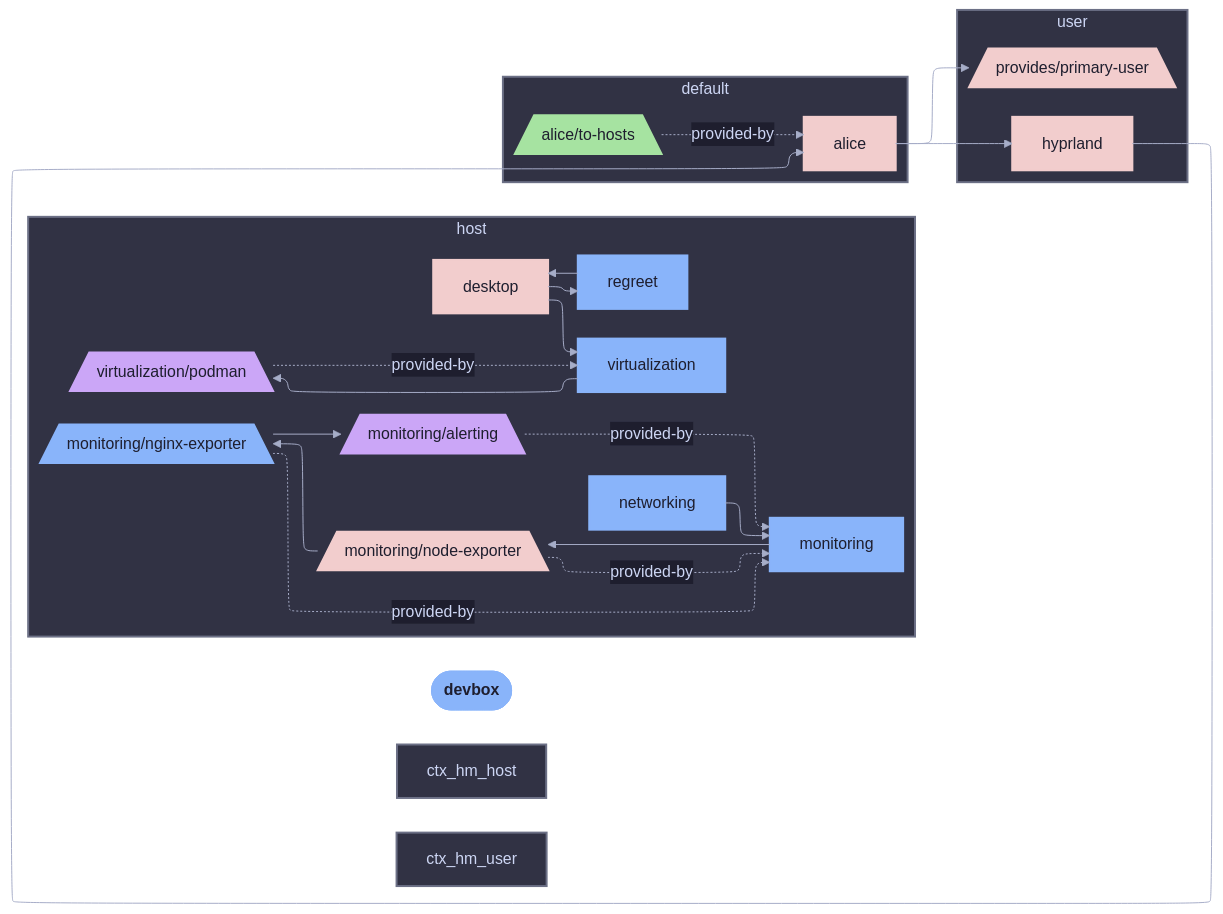
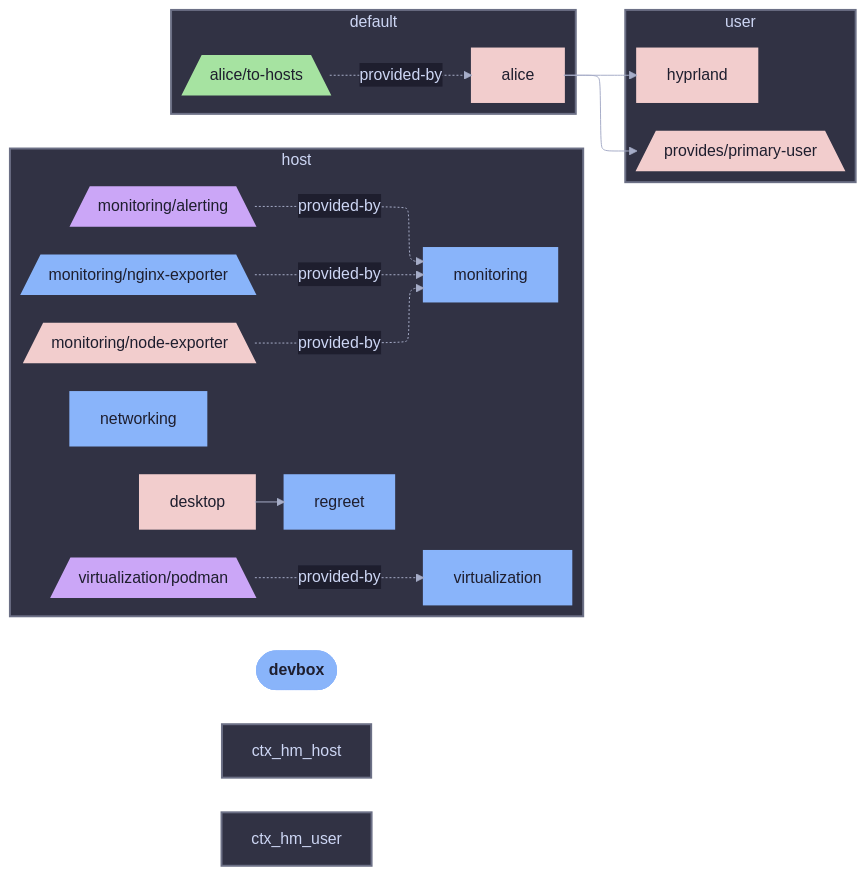
One commit to sini/den changed the diagram in templates/diag-fx-demo/diagrams/devbox-declared.md. Above: the diagram before and after it, drawn with Mermaid. The commit also changed 849 other files, not shown here.

Commit message:
chore: update fx diagrams

````diff
--- a/templates/diag-fx-demo/diagrams/devbox-declared.md
+++ b/templates/diag-fx-demo/diagrams/devbox-declared.md
@@ -5,63 +5,55 @@
 ```mermaid
 %%{init: {"elk":{"mergeEdges":true,"nodePlacementStrategy":"BRANDES_KOEPF"},"layout":"elk","theme":"base","themeVariables":{"activationBkgColor":"#313244","activationBorderColor":"#6c7086","actorBkg":"#313244","actorBorder":"#a6adc8","actorLineColor":"#a6adc8","actorTextColor":"#cdd6f4","background":"#1e1e2e","classText":"#cdd6f4","clusterBkg":"#313244","clusterBorder":"#6c7086","edgeLabelBackground":"#1e1e2e","labelBoxBkgColor":"#313244","labelBoxBorderColor":"#a6adc8","labelTextColor":"#cdd6f4","lineColor":"#a6adc8","loopTextColor":"#cdd6f4","mainBkg":"#313244","nodeBkg":"#313244","nodeBorder":"#a6adc8","nodeTextColor":"#cdd6f4","noteBkgColor":"#313244","noteBorderColor":"#6c7086","noteTextColor":"#cdd6f4","pie1":"#f38ba8","pie2":"#fab387","pie3":"#f9e2af","pie4":"#a6e3a1","pie5":"#94e2d5","pie6":"#89b4fa","pie7":"#cba6f7","pie8":"#f2cdcd","pieLegendTextColor":"#cdd6f4","pieOuterStrokeColor":"#6c7086","pieSectionTextColor":"#cdd6f4","pieStrokeColor":"#6c7086","pieTitleTextColor":"#cdd6f4","primaryBorderColor":"#a6adc8","primaryColor":"#313244","primaryTextColor":"#cdd6f4","secondBkg":"#313244","secondaryBorderColor":"#6c7086","secondaryColor":"#313244","secondaryTextColor":"#cdd6f4","sequenceNumberColor":"#1e1e2e","signalColor":"#a6adc8","signalTextColor":"#cdd6f4","tertiaryBorderColor":"#6c7086","tertiaryColor":"#313244","tertiaryTextColor":"#cdd6f4","textColor":"#cdd6f4","titleColor":"#cdd6f4"}}}%%
 graph LR
   devbox([devbox]):::root
 
   subgraph ctx_host["host"]
   monitoring__alerting[/"monitoring/alerting"\]:::monitoring__alerting_c
   desktop["desktop"]:::desktop_c
   monitoring["monitoring"]:::monitoring_c
   networking["networking"]:::networking_c
   monitoring__nginx_exporter[/"monitoring/nginx-exporter"\]:::monitoring__nginx_exporter_c
   monitoring__node_exporter[/"monitoring/node-exporter"\]:::monitoring__node_exporter_c
   virtualization__podman[/"virtualization/podman"\]:::virtualization__podman_c
   regreet["regreet"]:::regreet_c
   virtualization["virtualization"]:::virtualization_c
   desktop --> regreet
-  desktop --> virtualization
-  monitoring --> monitoring__node_exporter
-  monitoring__nginx_exporter --> monitoring__alerting
-  monitoring__node_exporter --> monitoring__nginx_exporter
-  networking --> monitoring
-  regreet --> desktop
-  virtualization --> virtualization__podman
   virtualization__podman -.->|provided-by| virtualization
   monitoring__node_exporter -.->|provided-by| monitoring
   monitoring__nginx_exporter -.->|provided-by| monitoring
   monitoring__alerting -.->|provided-by| monitoring
   end
   subgraph ctx_default["default"]
   alice__to_hosts[/"alice/to-hosts"\]:::alice__to_hosts_c
   alice__to_hosts -.->|provided-by| alice
   end
   subgraph ctx_user["user"]
   alice["alice"]:::alice_c
   hyprland["hyprland"]:::hyprland_c
   den__provides__primary_user[/"provides/primary-user"\]:::den__provides__primary_user_c
   alice --> hyprland
   alice --> den__provides__primary_user
-  hyprland --> alice
   end
 
 
   classDef root fill:#89b4fa,stroke:#89b4fa,color:#1e1e2e,font-weight:bold
   classDef monitoring__alerting_c fill:#cba6f7,stroke:#cba6f7,color:#1e1e2e,stroke-width:2px
   classDef alice_c fill:#f2cdcd,stroke:#f2cdcd,color:#1e1e2e,stroke-width:2px
   classDef desktop_c fill:#f2cdcd,stroke:#f2cdcd,color:#1e1e2e,stroke-width:2px
-  classDef devbox_c fill:#f2cdcd,stroke:#f2cdcd,color:#1e1e2e,stroke-width:3px
+  classDef devbox_c fill:#f2cdcd,stroke:#f2cdcd,color:#1e1e2e,stroke-width:2px
   classDef hyprland_c fill:#f2cdcd,stroke:#f2cdcd,color:#1e1e2e,stroke-width:2px
   classDef monitoring_c fill:#89b4fa,stroke:#89b4fa,color:#1e1e2e,stroke-width:2px
   classDef networking_c fill:#89b4fa,stroke:#89b4fa,color:#1e1e2e,stroke-width:2px
   classDef monitoring__nginx_exporter_c fill:#89b4fa,stroke:#89b4fa,color:#1e1e2e,stroke-width:2px
   classDef monitoring__node_exporter_c fill:#f2cdcd,stroke:#f2cdcd,color:#1e1e2e,stroke-width:2px
   classDef virtualization__podman_c fill:#cba6f7,stroke:#cba6f7,color:#1e1e2e,stroke-width:2px
   classDef den__provides__primary_user_c fill:#f2cdcd,stroke:#f2cdcd,color:#1e1e2e,stroke-width:2px
   classDef regreet_c fill:#89b4fa,stroke:#89b4fa,color:#1e1e2e,stroke-width:2px
   classDef alice__to_hosts_c fill:#a6e3a1,stroke:#a6e3a1,color:#1e1e2e,stroke-width:2px
   classDef virtualization_c fill:#89b4fa,stroke:#89b4fa,color:#1e1e2e,stroke-width:2px
 style ctx_host fill:#313244,stroke:#6c7086,stroke-width:2px
 style ctx_default fill:#313244,stroke:#6c7086,stroke-width:2px
 style ctx_hm_host fill:#313244,stroke:#6c7086,stroke-width:2px
 style ctx_hm_user fill:#313244,stroke:#6c7086,stroke-width:2px
 style ctx_user fill:#313244,stroke:#6c7086,stroke-width:2px
 ```
````
